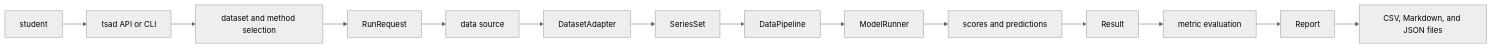
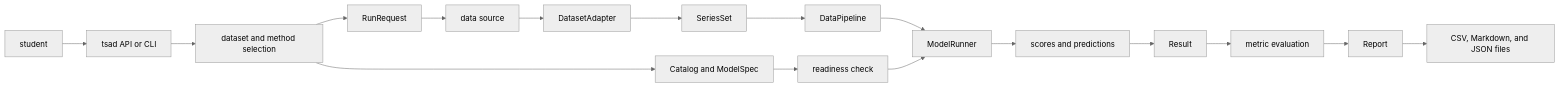
One commit to TheMetaSetter/bachelor-thesis-2026 changed diagram 13 of 13 in documents/spec/tsad-lib-directed-graphs.md. Above: the diagram before and after it, drawn with Mermaid (neutral theme). The commit also changed other lines of this file and 429 other files, not shown here.

````diff
--- a/documents/spec/tsad-lib-directed-graphs.md
+++ b/documents/spec/tsad-lib-directed-graphs.md
@@ -503,16 +582,19 @@
 ```mermaid
 flowchart LR
     student[student] --> api[tsad API or CLI]
     api --> selection[dataset and method selection]
+    selection --> catalog[Catalog and ModelSpec]
+    catalog --> readiness[readiness check]
     selection --> request[RunRequest]
     request --> source[data source]
     source --> adapter[DatasetAdapter]
     adapter --> series[SeriesSet]
     series --> pipeline[DataPipeline]
     pipeline --> runner[ModelRunner]
+    readiness --> runner
     runner --> scores[scores and predictions]
     scores --> result[Result]
     result --> evaluator[metric evaluation]
     evaluator --> report[Report]
     report --> files[CSV, Markdown, and JSON files]
 ```
````
